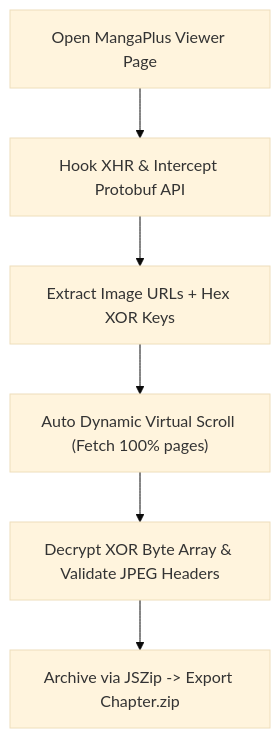
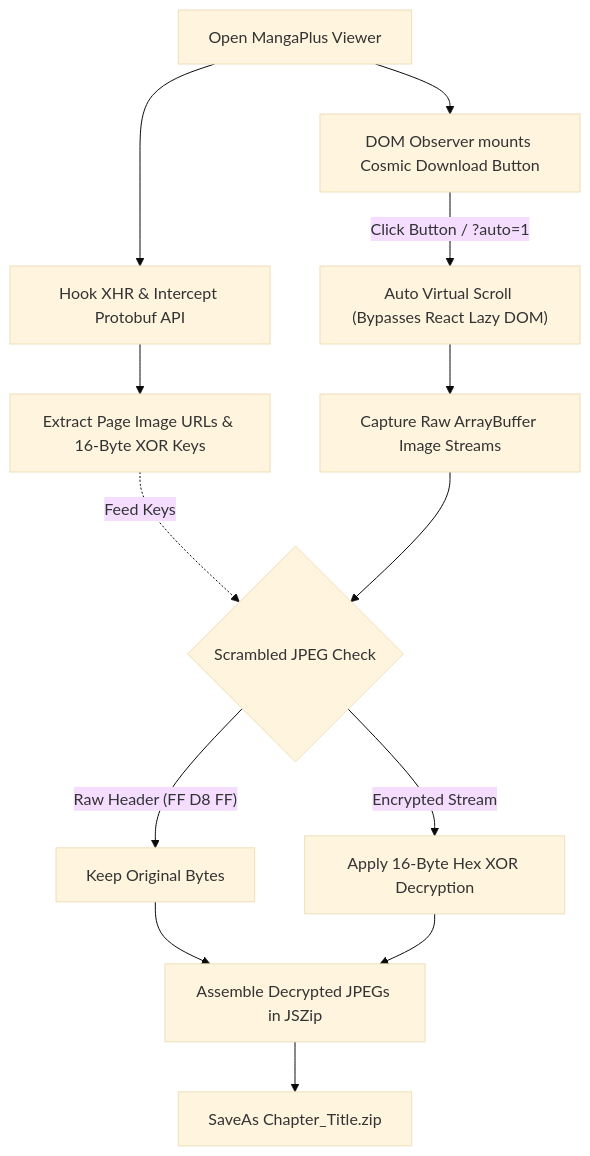
One commit to toannguyen3105/mangaplus-downloader changed the diagram in README.md. Above: the diagram before and after it, drawn with Mermaid (base theme). The commit also changed 1 other file, not shown here.

Commit message:
docs: enhance Mermaid architecture flowchart in README.md & README.vn.md

````diff
--- a/README.md
+++ b/README.md
@@ -43,8 +43,15 @@
 ```mermaid
 flowchart TD
-    A["Open MangaPlus Viewer Page"] --> B["Hook XHR & Intercept Protobuf API"]
-    B --> C["Extract Image URLs + Hex XOR Keys"]
-    C --> D["Auto Dynamic Virtual Scroll (Fetch 100% pages)"]
-    D --> E["Decrypt XOR Byte Array & Validate JPEG Headers"]
-    E --> F["Archive via JSZip -> Export Chapter.zip"]
+    A["Open MangaPlus Viewer"] --> B["DOM Observer mounts Cosmic Download Button"]
+    A --> C["Hook XHR & Intercept Protobuf API"]
+    C --> D["Extract Page Image URLs & 16-Byte XOR Keys"]
+    B -- "Click Button / ?auto=1" --> E["Auto Virtual Scroll (Bypasses React Lazy DOM)"]
+    E --> F["Capture Raw ArrayBuffer Image Streams"]
+    D -. "Feed Keys" .-> G{"Scrambled JPEG Check"}
+    F --> G
+    G -- "Raw Header (FF D8 FF)" --> H["Keep Original Bytes"]
+    G -- "Encrypted Stream" --> I["Apply 16-Byte Hex XOR Decryption"]
+    H --> J["Assemble Decrypted JPEGs in JSZip"]
+    I --> J
+    J --> K["SaveAs Chapter_Title.zip"]
 ```
````
